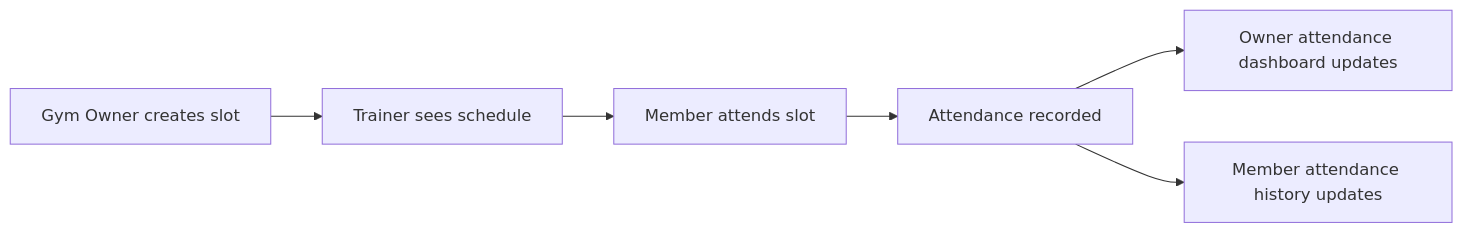
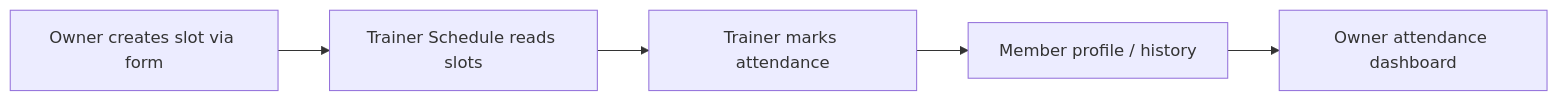
Before and after one commit to atharshah1/gimios: the third of 5 diagrams in frontend/mobile-app/SCREEN_FLOW.md, drawn with Mermaid. The commit also changed other lines of this file and 23 other files, not shown here.

````diff
--- a/frontend/mobile-app/SCREEN_FLOW.md
+++ b/frontend/mobile-app/SCREEN_FLOW.md
@@ -39,8 +40,7 @@
 ```mermaid
 flowchart LR
-    OWNER[Gym Owner creates slot] --> TRAINER[Trainer sees schedule]
-    TRAINER --> MEMBER[Member attends slot]
-    MEMBER --> ATT[Attendance recorded]
-    ATT --> OWNER_VIEW[Owner attendance dashboard updates]
-    ATT --> MEMBER_VIEW[Member attendance history updates]
+    OWNER[Owner creates slot via form] --> TRAINER[Trainer Schedule reads slots]
+    TRAINER --> MARK[Trainer marks attendance]
+    MARK --> MEMBER[Member profile / history]
+    MEMBER --> OWNER_VIEW[Owner attendance dashboard]
 ```
````
